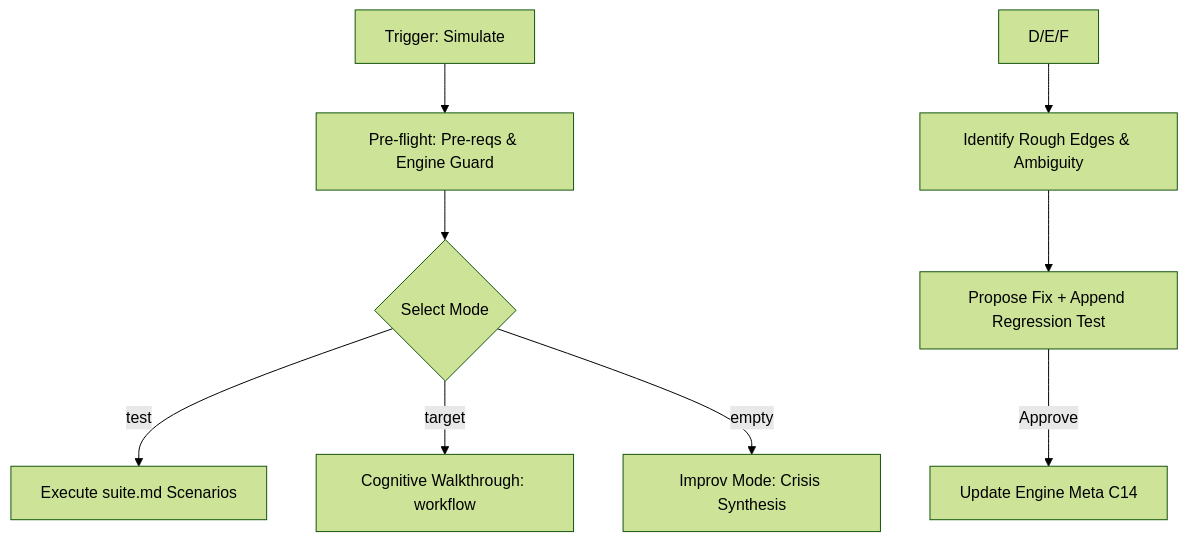
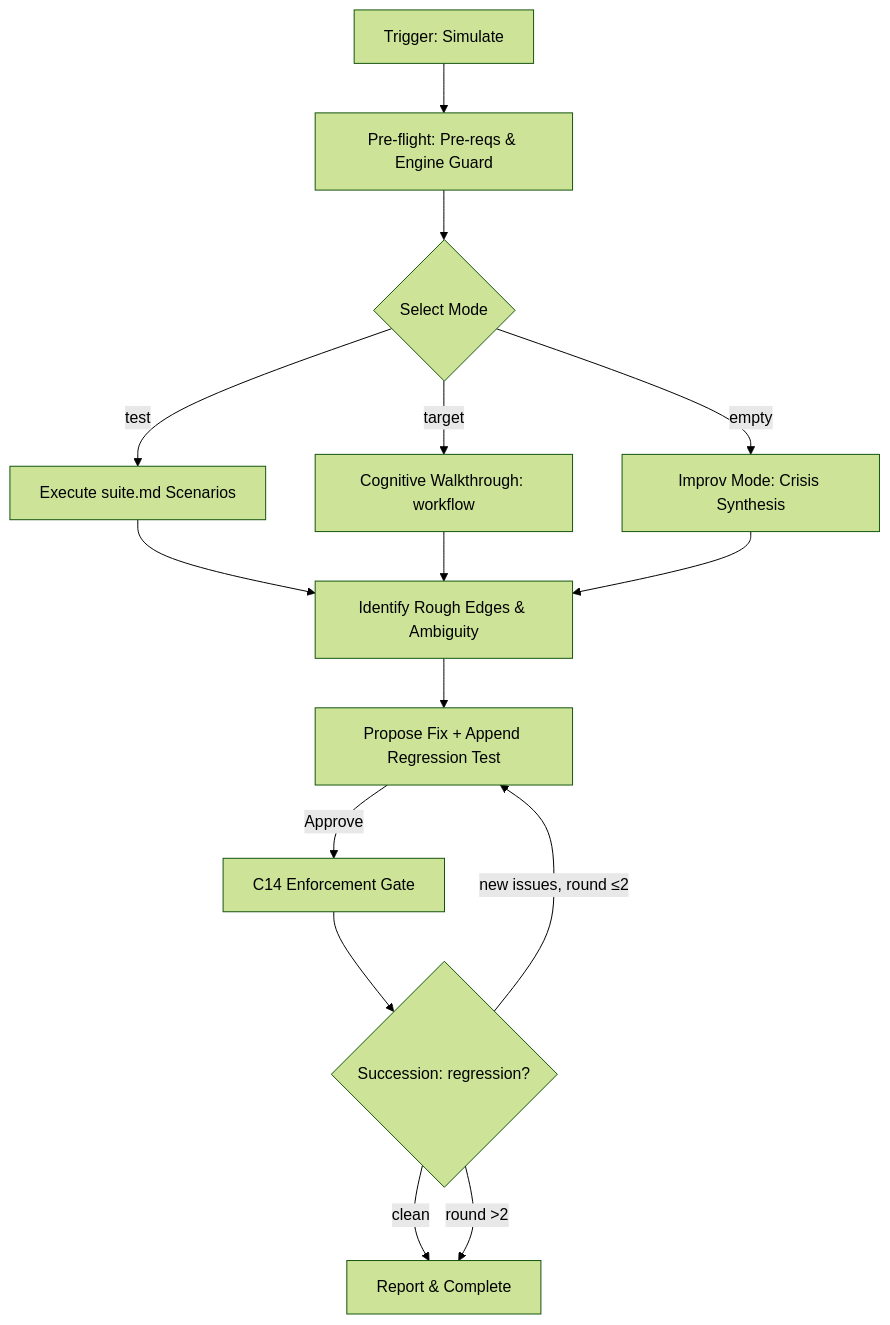
One commit to teratron/magic-spec changed the diagram in .magic/simulate.md. Above: the diagram before and after it, drawn with Mermaid (forest theme). The commit also changed other lines of this file and 8 other files, not shown here.

Commit message:
feat: Introduce new `analyze` and `simulate` workflows, including a detailed regression test suite for the Magic SDD engine.

````diff
--- a/.magic/simulate.md
+++ b/.magic/simulate.md
@@ -15,11 +15,15 @@
 ```mermaid
 graph TD
     A[Trigger: Simulate] --> B[Pre-flight: Pre-reqs & Engine Guard]
     B --> C{Select Mode}
     C -->|test| D[Execute suite.md Scenarios]
     C -->|target| E[Cognitive Walkthrough: workflow]
     C -->|empty| F[Improv Mode: Crisis Synthesis]
-    D/E/F --> G[Identify Rough Edges & Ambiguity]
+    D & E & F --> G[Identify Rough Edges & Ambiguity]
     G --> H[Propose Fix + Append Regression Test]
-    H -->|Approve| I[Update Engine Meta C14]
+    H -->|Approve| I[C14 Enforcement Gate]
+    I --> J{Succession: regression?}
+    J -->|clean| K[Report & Complete]
+    J -->|new issues, round ≤2| H
+    J -->|round >2| K
 ```
````
